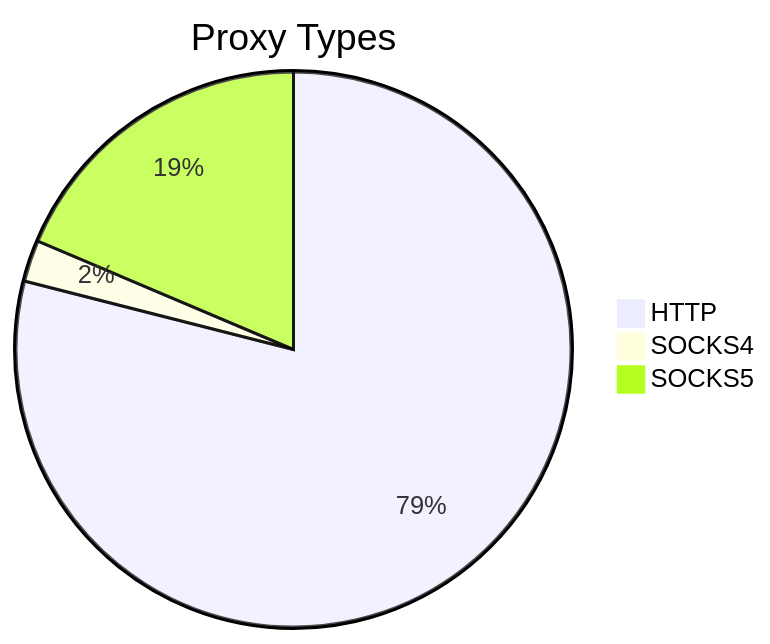
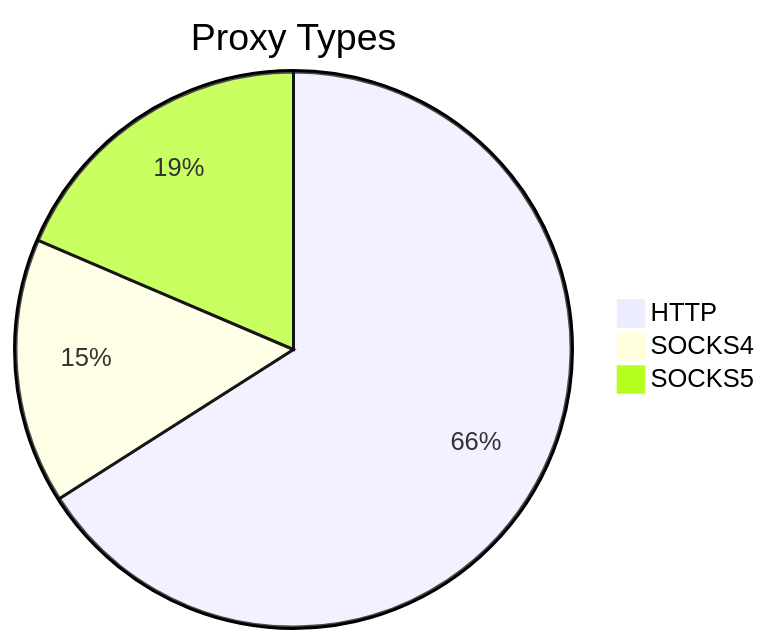
The first of 2 diagrams in README.md (stormsia/proxy-list), drawn with Mermaid before and after one commit. The commit also changed other lines of this file, not shown here.

````diff
--- a/README.md
+++ b/README.md
@@ -21,6 +21,6 @@
 ```mermaid
 pie title Proxy Types
-    "HTTP" : 229
-    "SOCKS4" : 7
-    "SOCKS5" : 54
+    "HTTP" : 444
+    "SOCKS4" : 104
+    "SOCKS5" : 125
 ```
````
